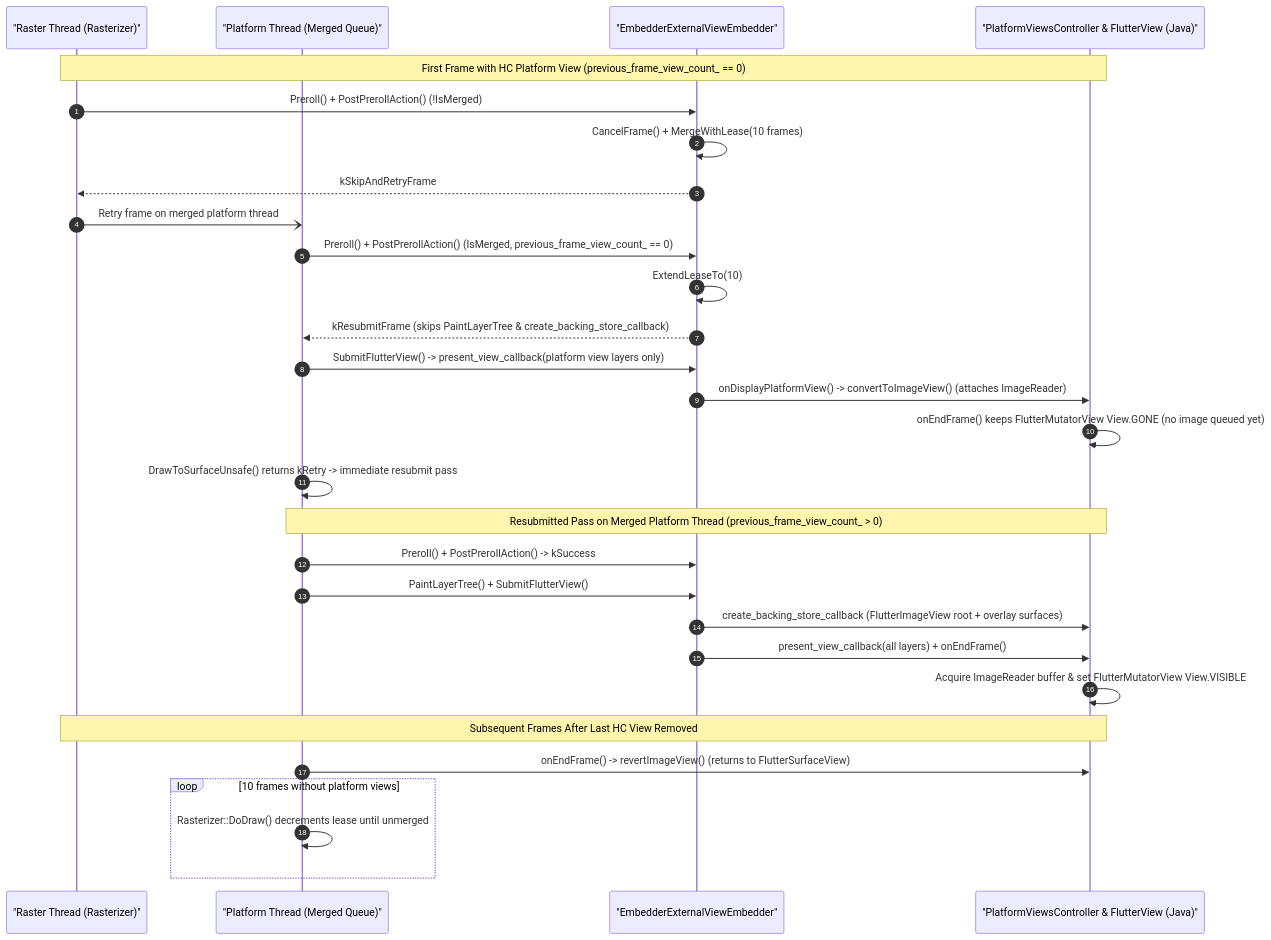
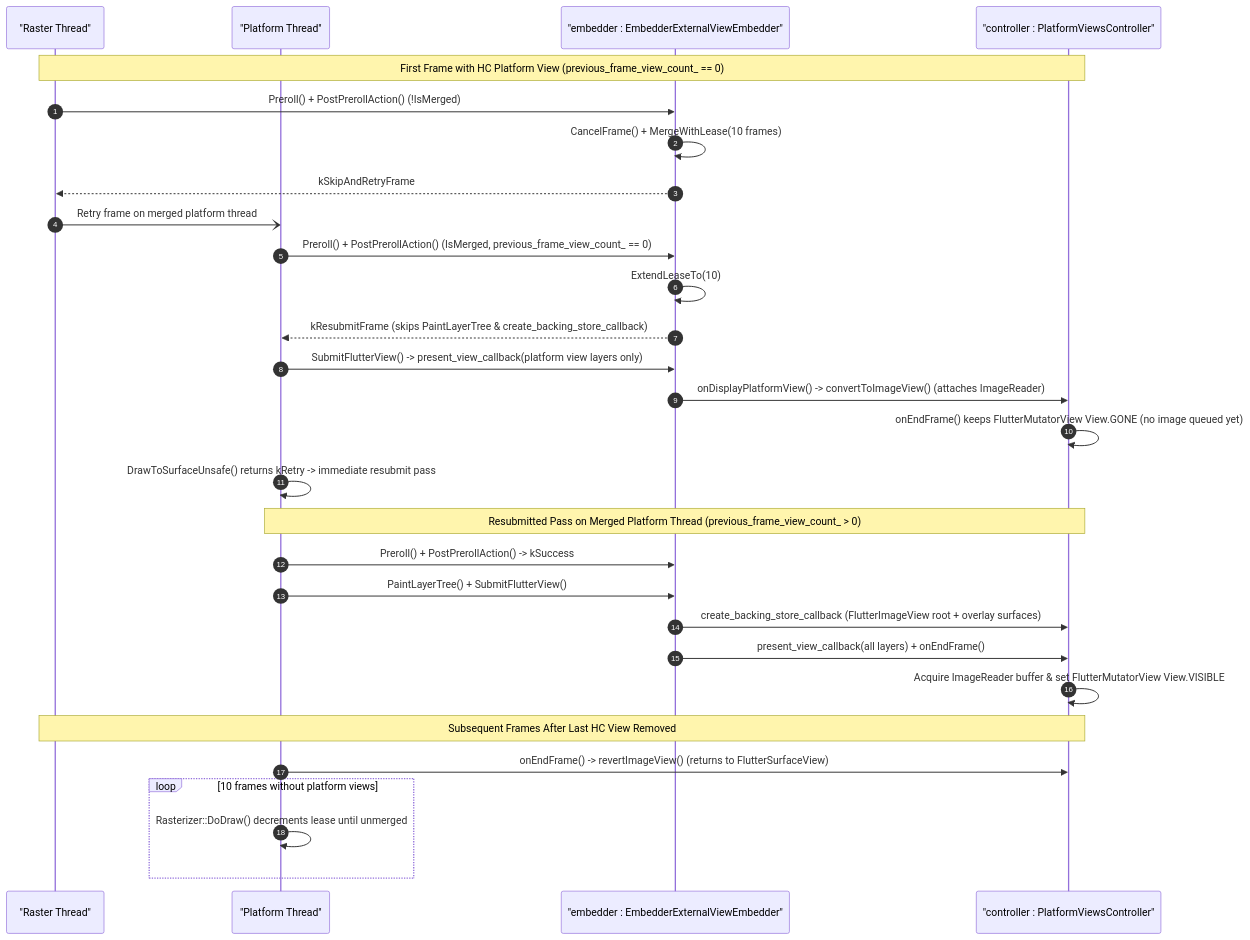
Before and after one commit to flutter/rfc: the fifth of 14 diagrams in rfc/410.0000-flutter-android-embedder-c-api-migration.md, drawn with Mermaid. The commit also changed other lines of this file, not shown here.

Commit message:
Remove rejection path of vulkan checks in preference to moving checks into the Android embedder

````diff
--- a/rfc/410.0000-flutter-android-embedder-c-api-migration.md
+++ b/rfc/410.0000-flutter-android-embedder-c-api-migration.md
@@ -354,35 +337,35 @@
 ```mermaid
 sequenceDiagram
     autonumber
-    participant Raster as "Raster Thread (Rasterizer)"
-    participant Plat as "Platform Thread (Merged Queue)"
-    participant Emb as "EmbedderExternalViewEmbedder"
-    participant PVC as "PlatformViewsController & FlutterView (Java)"
+    participant Raster as "Raster Thread"
+    participant Plat as "Platform Thread"
+    participant Emb as "embedder : EmbedderExternalViewEmbedder"
+    participant PVC as "controller : PlatformViewsController"
 
     Note over Raster,PVC: First Frame with HC Platform View (previous_frame_view_count_ == 0)
     Raster->>Emb: Preroll() + PostPrerollAction() (!IsMerged)
     Emb->>Emb: CancelFrame() + MergeWithLease(10 frames)
     Emb-->>Raster: kSkipAndRetryFrame
     Raster-)Plat: Retry frame on merged platform thread
 
     Plat->>Emb: Preroll() + PostPrerollAction() (IsMerged, previous_frame_view_count_ == 0)
     Emb->>Emb: ExtendLeaseTo(10)
     Emb-->>Plat: kResubmitFrame (skips PaintLayerTree & create_backing_store_callback)
     Plat->>Emb: SubmitFlutterView() -> present_view_callback(platform view layers only)
     Emb->>PVC: onDisplayPlatformView() -> convertToImageView() (attaches ImageReader)
     PVC->>PVC: onEndFrame() keeps FlutterMutatorView View.GONE (no image queued yet)
     Plat->>Plat: DrawToSurfaceUnsafe() returns kRetry -> immediate resubmit pass
 
     Note over Plat,PVC: Resubmitted Pass on Merged Platform Thread (previous_frame_view_count_ > 0)
     Plat->>Emb: Preroll() + PostPrerollAction() -> kSuccess
     Plat->>Emb: PaintLayerTree() + SubmitFlutterView()
     Emb->>PVC: create_backing_store_callback (FlutterImageView root + overlay surfaces)
     Emb->>PVC: present_view_callback(all layers) + onEndFrame()
     PVC->>PVC: Acquire ImageReader buffer & set FlutterMutatorView View.VISIBLE
 
     Note over Raster,PVC: Subsequent Frames After Last HC View Removed
     Plat->>PVC: onEndFrame() -> revertImageView() (returns to FlutterSurfaceView)
     loop 10 frames without platform views
         Plat->>Plat: Rasterizer::DoDraw() decrements lease until unmerged
     end
 ```
````
